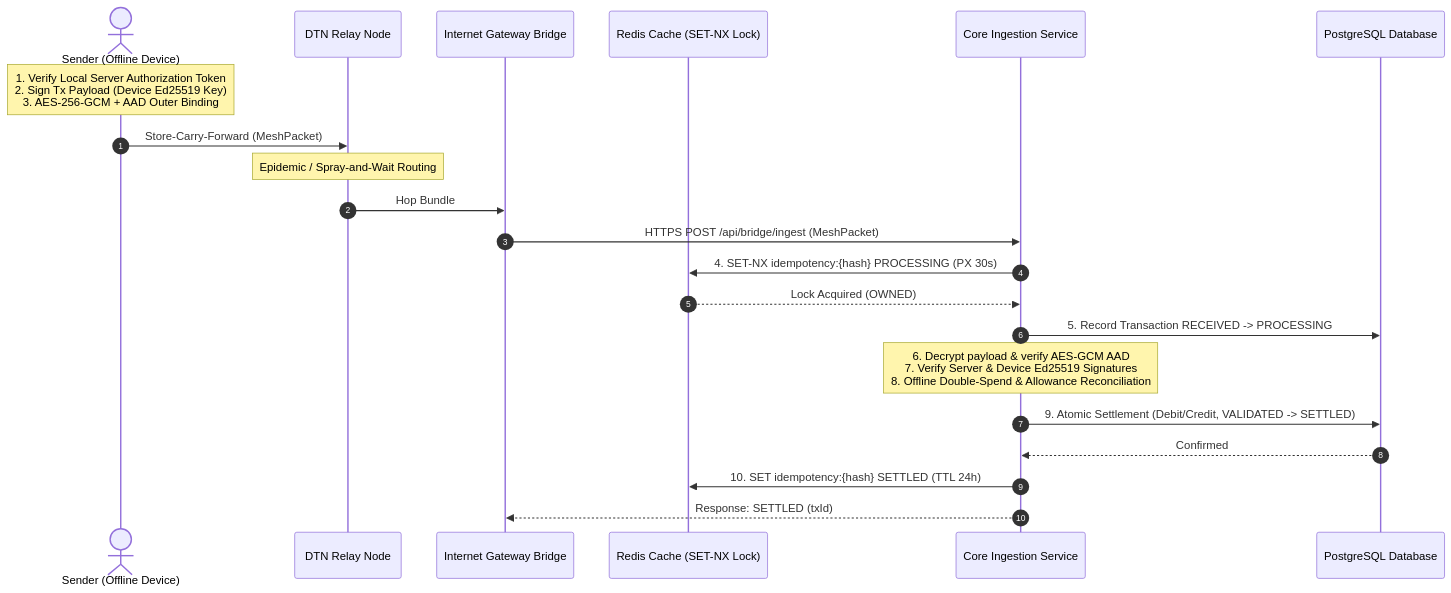
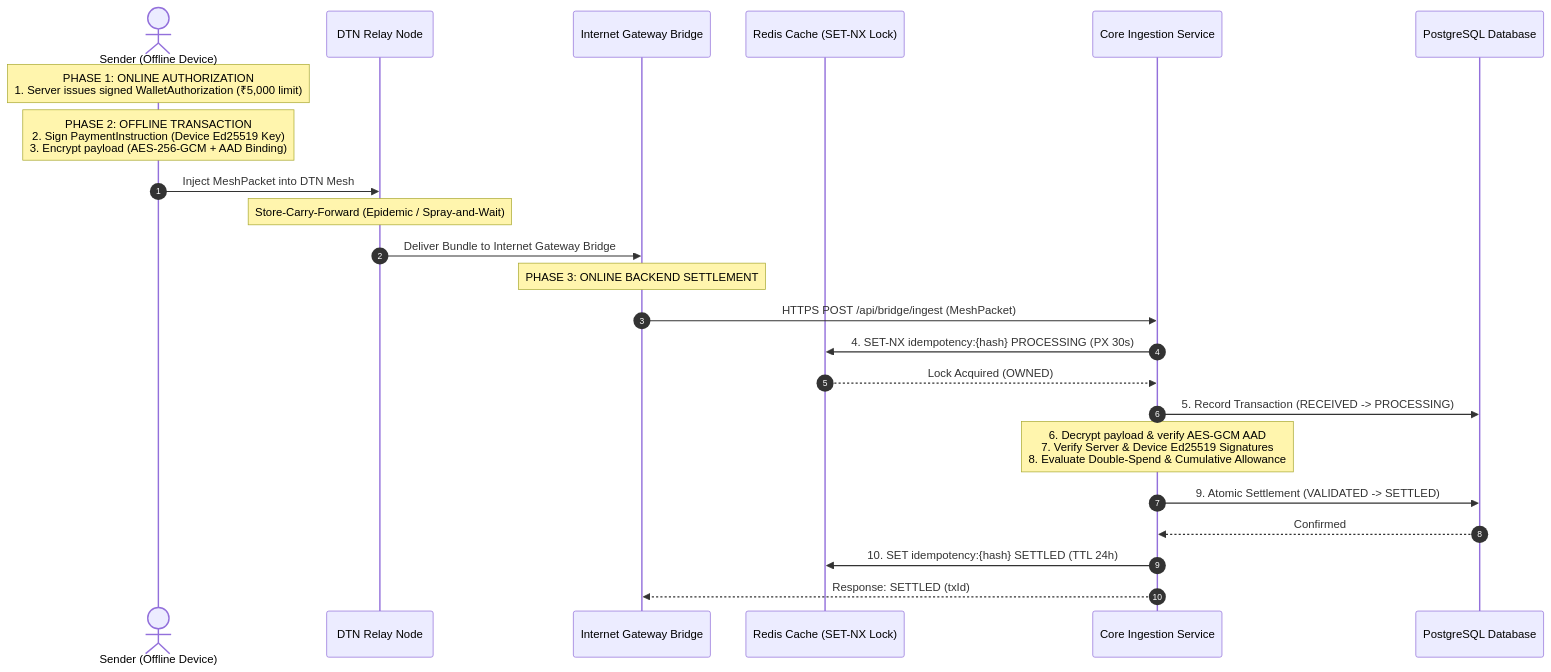
The second of 2 diagrams in README.md (abhishekkp00/offline-payment-mesh), drawn with Mermaid before and after one commit. The commit also changed other lines of this file and 4 other files, not shown here.

````diff
--- a/README.md
+++ b/README.md
@@ -9,24 +49,26 @@
 ```mermaid
 sequenceDiagram
     autonumber
     actor Sender as Sender (Offline Device)
     participant Relay as DTN Relay Node
     participant Bridge as Internet Gateway Bridge
     participant Redis as Redis Cache (SET-NX Lock)
     participant Core as Core Ingestion Service
     participant DB as PostgreSQL Database
 
-    Note over Sender: 1. Verify Local Server Authorization Token<br/>2. Sign Tx Payload (Device Ed25519 Key)<br/>3. AES-256-GCM + AAD Outer Binding
-    Sender->>Relay: Store-Carry-Forward (MeshPacket)
-    Note over Relay: Epidemic / Spray-and-Wait Routing
-    Relay->>Bridge: Hop Bundle
+    Note over Sender: PHASE 1: ONLINE AUTHORIZATION<br/>1. Server issues signed WalletAuthorization (₹5,000 limit)
+    Note over Sender: PHASE 2: OFFLINE TRANSACTION<br/>2. Sign PaymentInstruction (Device Ed25519 Key)<br/>3. Encrypt payload (AES-256-GCM + AAD Binding)
+    Sender->>Relay: Inject MeshPacket into DTN Mesh
+    Note over Relay: Store-Carry-Forward (Epidemic / Spray-and-Wait)
+    Relay->>Bridge: Deliver Bundle to Internet Gateway Bridge
+    Note over Bridge: PHASE 3: ONLINE BACKEND SETTLEMENT
     Bridge->>Core: HTTPS POST /api/bridge/ingest (MeshPacket)
     Core->>Redis: 4. SET-NX idempotency:{hash} PROCESSING (PX 30s)
     Redis-->>Core: Lock Acquired (OWNED)
-    Core->>DB: 5. Record Transaction RECEIVED -> PROCESSING
-    Note over Core: 6. Decrypt payload & verify AES-GCM AAD<br/>7. Verify Server & Device Ed25519 Signatures<br/>8. Offline Double-Spend & Allowance Reconciliation
-    Core->>DB: 9. Atomic Settlement (Debit/Credit, VALIDATED -> SETTLED)
+    Core->>DB: 5. Record Transaction (RECEIVED -> PROCESSING)
+    Note over Core: 6. Decrypt payload & verify AES-GCM AAD<br/>7. Verify Server & Device Ed25519 Signatures<br/>8. Evaluate Double-Spend & Cumulative Allowance
+    Core->>DB: 9. Atomic Settlement (VALIDATED -> SETTLED)
     DB-->>Core: Confirmed
     Core->>Redis: 10. SET idempotency:{hash} SETTLED (TTL 24h)
     Core-->>Bridge: Response: SETTLED (txId)
 ```
````
